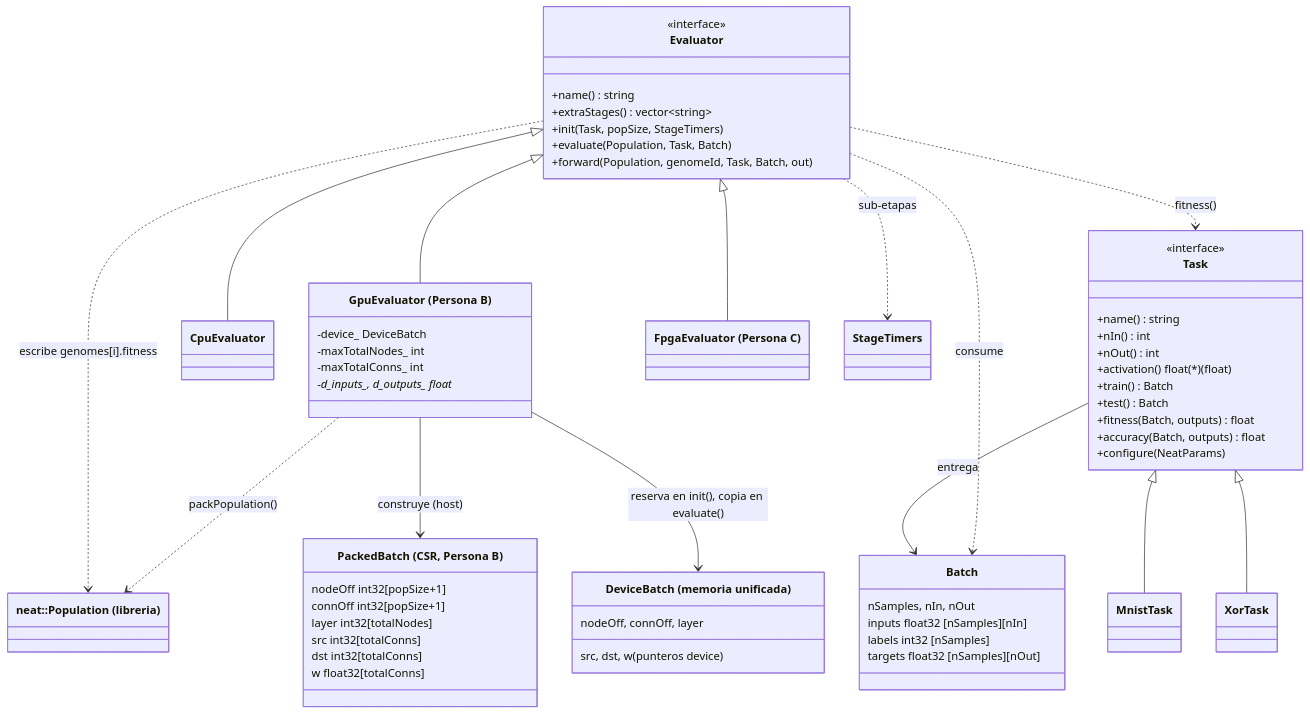
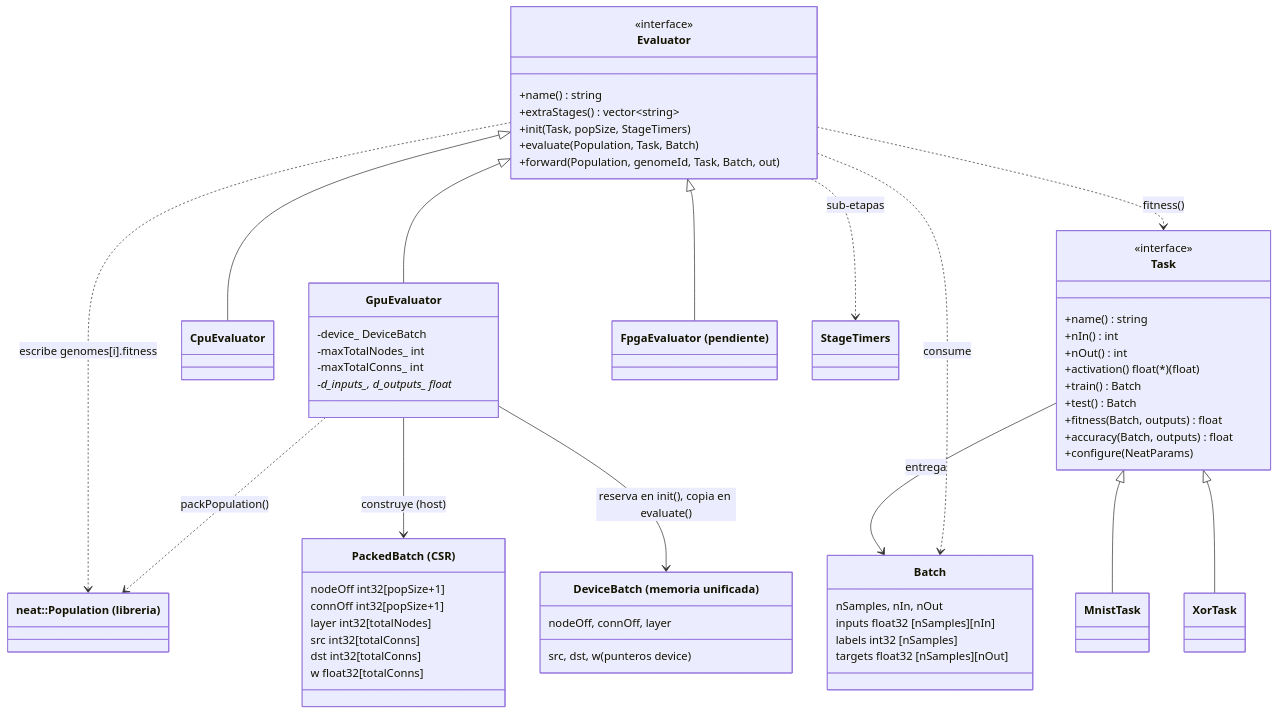
Before and after one commit to 3273B4N/ProyectoFinalHeterogeneos: the first of 3 diagrams in neuroevo/docs/ARQUITECTURA.md, drawn with Mermaid. The commit also changed other lines of this file and 14 other files, not shown here.

````diff
--- a/neuroevo/docs/ARQUITECTURA.md
+++ b/neuroevo/docs/ARQUITECTURA.md
@@ -8,67 +8,67 @@
 ```mermaid
 classDiagram
     class Task {
         <<interface>>
         +name() string
         +nIn() int
         +nOut() int
         +activation() float(*)(float)
         +train() Batch
         +test() Batch
         +fitness(Batch, outputs) float
         +accuracy(Batch, outputs) float
         +configure(NeatParams)
     }
     class Evaluator {
         <<interface>>
         +name() string
         +extraStages() vector~string~
         +init(Task, popSize, StageTimers)
         +evaluate(Population, Task, Batch)
         +forward(Population, genomeId, Task, Batch, out)
     }
     class Batch {
         nSamples, nIn, nOut
         inputs float32 [nSamples][nIn]
         labels int32 [nSamples]
         targets float32 [nSamples][nOut]
     }
     class MnistTask
     class XorTask
     class CpuEvaluator
-    class GpuEvaluator["GpuEvaluator (Persona B)"] {
+    class GpuEvaluator {
         -device_ DeviceBatch
         -maxTotalNodes_ int
         -maxTotalConns_ int
         -d_inputs_, d_outputs_ float*
     }
-    class FpgaEvaluator["FpgaEvaluator (Persona C)"]
+    class FpgaEvaluator["FpgaEvaluator (pendiente)"]
     class StageTimers
     class Population["neat::Population (libreria)"]
-    class PackedBatch["PackedBatch (CSR, Persona B)"] {
+    class PackedBatch["PackedBatch (CSR)"] {
         nodeOff int32[popSize+1]
         connOff int32[popSize+1]
         layer int32[totalNodes]
         src int32[totalConns]
         dst int32[totalConns]
         w float32[totalConns]
     }
     class DeviceBatch["DeviceBatch (memoria unificada)"] {
         nodeOff, connOff, layer
         src, dst, w (punteros device)
     }
 
     Task <|-- MnistTask
     Task <|-- XorTask
     Evaluator <|-- CpuEvaluator
     Evaluator <|-- GpuEvaluator
     Evaluator <|-- FpgaEvaluator
     Task --> Batch : entrega
     Evaluator ..> Batch : consume
     Evaluator ..> Task : fitness()
     Evaluator ..> Population : escribe genomes[i].fitness
     Evaluator ..> StageTimers : sub-etapas
     GpuEvaluator ..> Population : packPopulation()
     GpuEvaluator --> PackedBatch : construye (host)
     GpuEvaluator --> DeviceBatch : reserva en init(), copia en evaluate()
 ```
````
